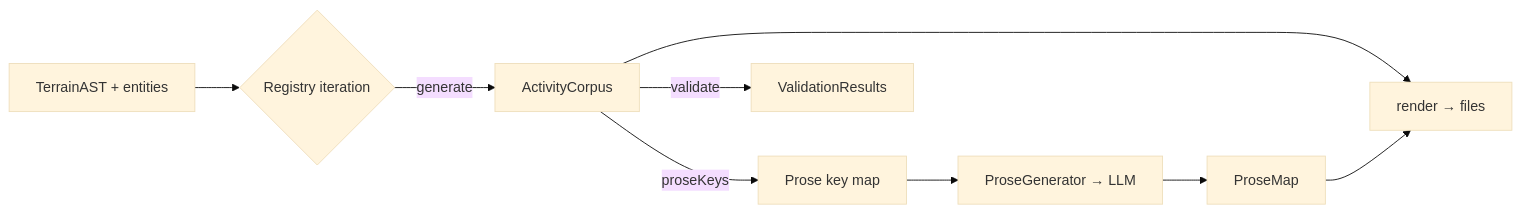
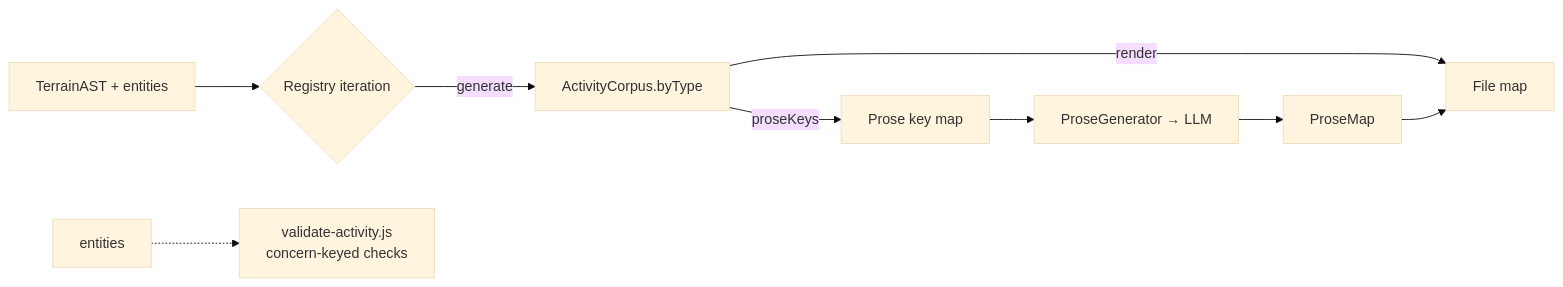
The diagram in specs/820-synthetic-pipeline-activity-interface/design-a.md (forwardimpact/pathway), drawn with Mermaid (base theme) before and after one commit. The commit also changed other lines of this file and 1 other file, not shown here.

````diff
--- a/specs/820-synthetic-pipeline-activity-interface/design-a.md
+++ b/specs/820-synthetic-pipeline-activity-interface/design-a.md
@@ -54,10 +84,10 @@
 ```mermaid
 flowchart LR
   AST[TerrainAST + entities] --> R{Registry iteration}
-  R -->|generate| AC[ActivityCorpus]
+  R -->|generate| AC[ActivityCorpus.byType]
   AC -->|proseKeys| PK[Prose key map]
   PK --> PG[ProseGenerator → LLM] --> PM[ProseMap]
-  AC --> RR[render → files]
-  PM --> RR
-  AC -->|validate| VR[ValidationResults]
+  AC -->|render| FM[File map]
+  PM --> FM
+  E[entities] -.-> V[validate-activity.js<br/>concern-keyed checks]
 ```
````
